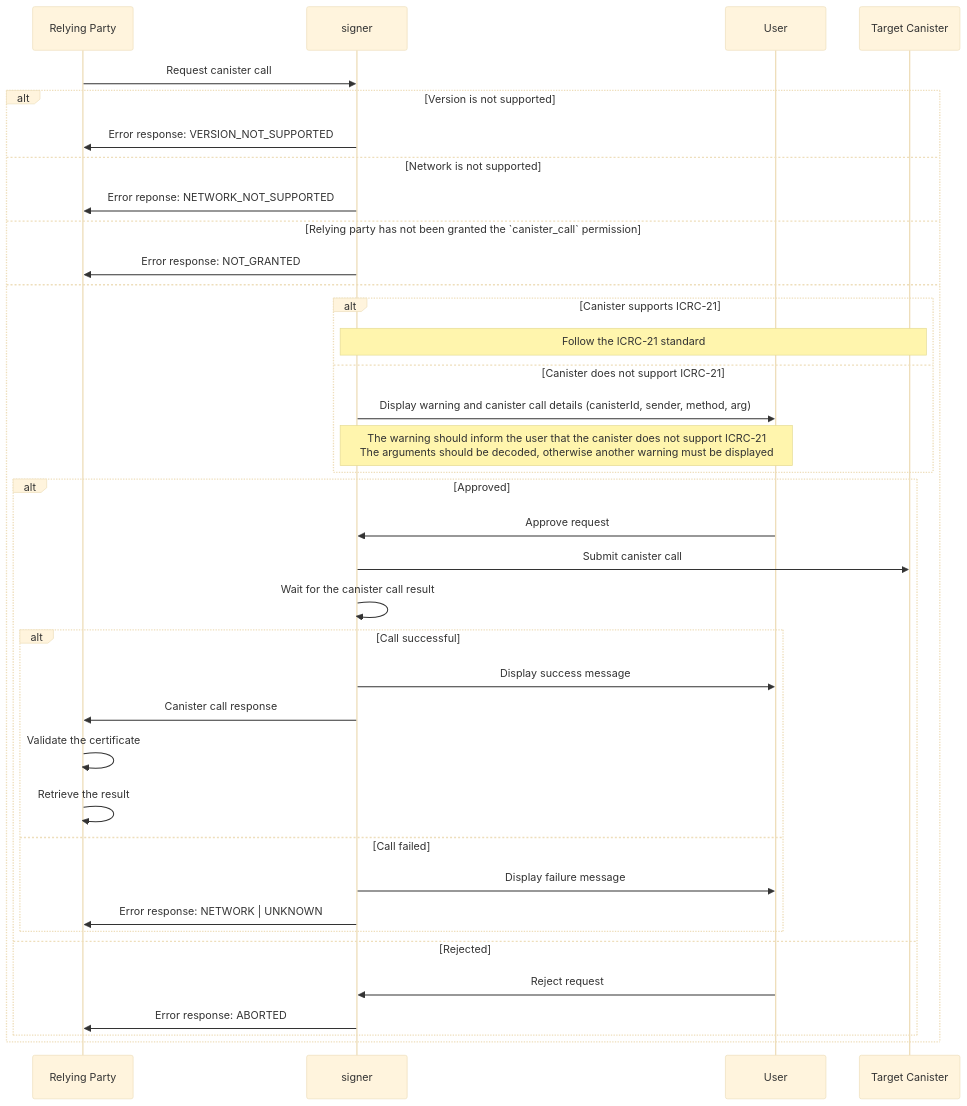
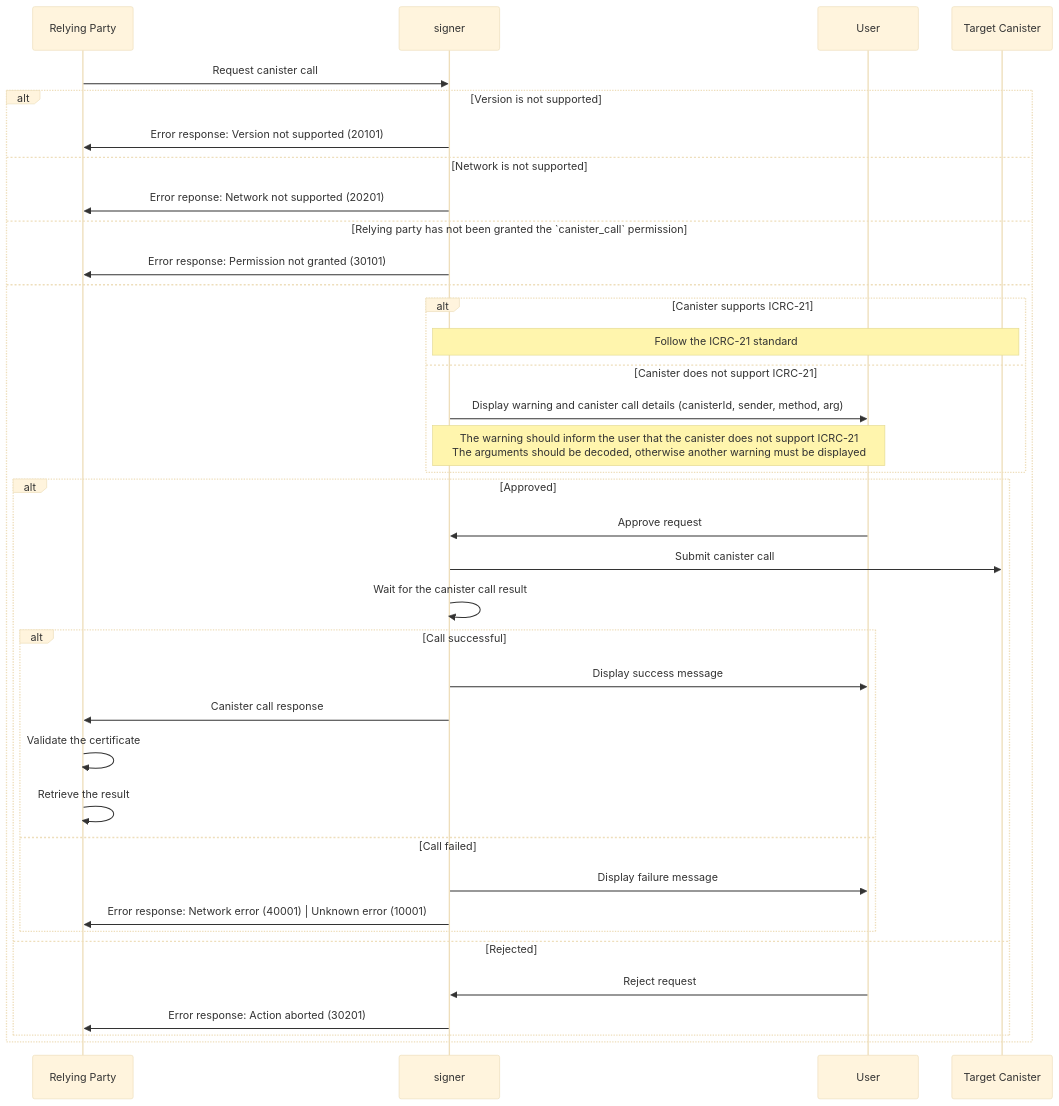
Before and after one commit to dfinity/wg-identity-authentication: the second of 3 diagrams in topics/icrc_25_signer_interaction_standard.md, drawn with Mermaid (base theme). The commit also changed other lines of this file, not shown here.

First line of the commit message:
ICRC25 Error fixes (#69)

````diff
--- a/topics/icrc_25_signer_interaction_standard.md
+++ b/topics/icrc_25_signer_interaction_standard.md
@@ -273,40 +258,40 @@
 ```mermaid
 sequenceDiagram
     participant RP as Relying Party
     participant S as signer
     participant U as User
     participant C as Target Canister
 
     RP ->> S: Request canister call
     alt Version is not supported
-        S ->> RP: Error response: VERSION_NOT_SUPPORTED
+        S ->> RP: Error response: Version not supported (20101)
     else Network is not supported
-        S ->> RP: Error reponse: NETWORK_NOT_SUPPORTED
+        S ->> RP: Error reponse: Network not supported (20201)
     else Relying party has not been granted the `canister_call` permission
-        S ->> RP: Error response: NOT_GRANTED
+        S ->> RP: Error response: Permission not granted (30101)
     else
         alt Canister supports ICRC-21
             Note over S,C: Follow the ICRC-21 standard
         else Canister does not support ICRC-21
             S ->> U: Display warning and canister call details (canisterId, sender, method, arg)
             Note over S,U: The warning should inform the user that the canister does not support ICRC-21<br/>The arguments should be decoded, otherwise another warning must be displayed
         end
         alt Approved
             U ->> S: Approve request
             S ->> C: Submit canister call
             S ->> S: Wait for the canister call result
             alt Call successful
                 S ->> U: Display success message
                 S ->> RP: Canister call response
                 RP ->> RP: Validate the certificate
                 RP ->> RP: Retrieve the result
             else Call failed
                 S ->> U: Display failure message
-                S ->> RP: Error response: NETWORK | UNKNOWN
+                S ->> RP: Error response: Network error (40001) | Unknown error (10001)
             end
         else Rejected
             U ->> S: Reject request
-            S ->> RP: Error response: ABORTED
+            S ->> RP: Error response: Action aborted (30201)
         end
     end
 ```
````
